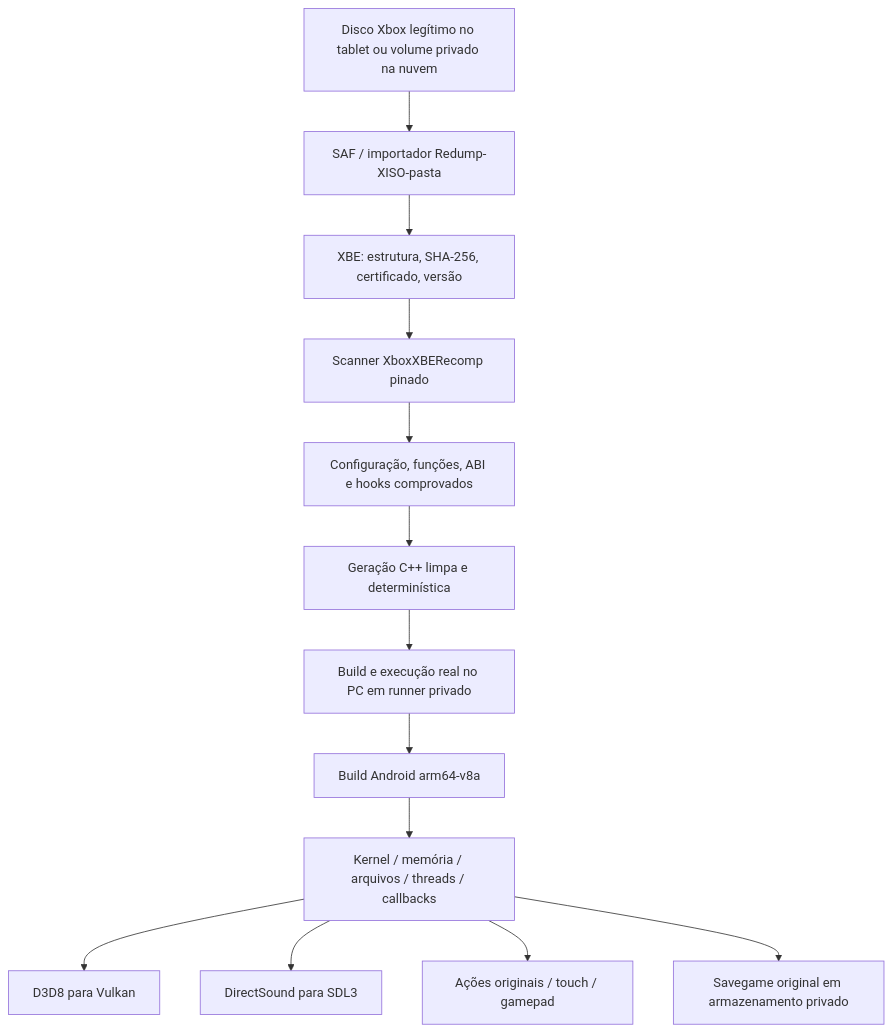
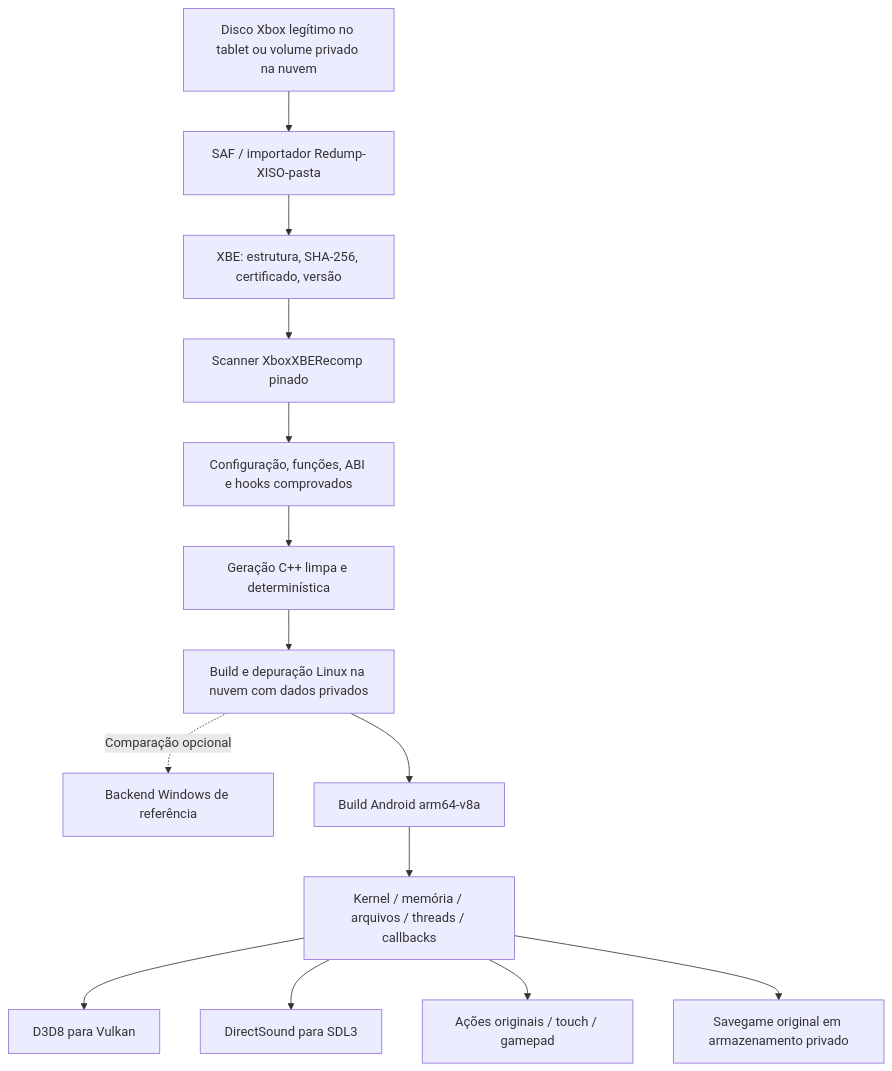
One commit to Duxton347/urban-chaos-android-recomp changed the diagram in docs/ARCHITECTURE.md. Above: the diagram before and after it, drawn with Mermaid. The commit also changed other lines of this file and 11 other files, not shown here.

````diff
--- a/docs/ARCHITECTURE.md
+++ b/docs/ARCHITECTURE.md
@@ -7,15 +7,16 @@
 ```mermaid
 flowchart TD
   Disc[Disco Xbox legítimo no tablet ou volume privado na nuvem] --> Import[SAF / importador Redump-XISO-pasta]
   Import --> Validate[XBE: estrutura, SHA-256, certificado, versão]
   Validate --> Scan[Scanner XboxXBERecomp pinado]
   Scan --> Review[Configuração, funções, ABI e hooks comprovados]
   Review --> Generate[Geração C++ limpa e determinística]
-  Generate --> PC[Build e execução real no PC em runner privado]
+  Generate --> PC[Build e depuração Linux na nuvem com dados privados]
+  PC -. Comparação opcional .-> Windows[Backend Windows de referência]
   PC --> ARM[Build Android arm64-v8a]
   ARM --> Runtime[Kernel / memória / arquivos / threads / callbacks]
   Runtime --> GPU[D3D8 para Vulkan]
   Runtime --> Audio[DirectSound para SDL3]
   Runtime --> Input[Ações originais / touch / gamepad]
   Runtime --> Saves[Savegame original em armazenamento privado]
 ```
````
